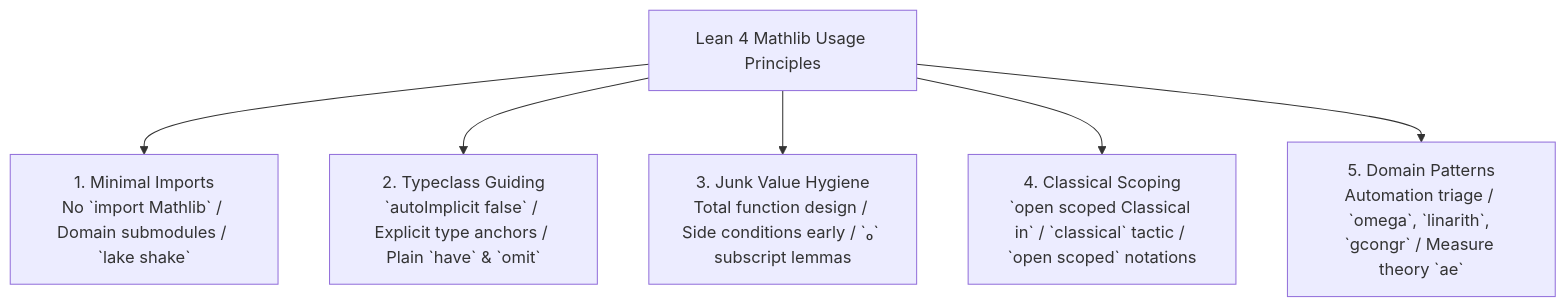
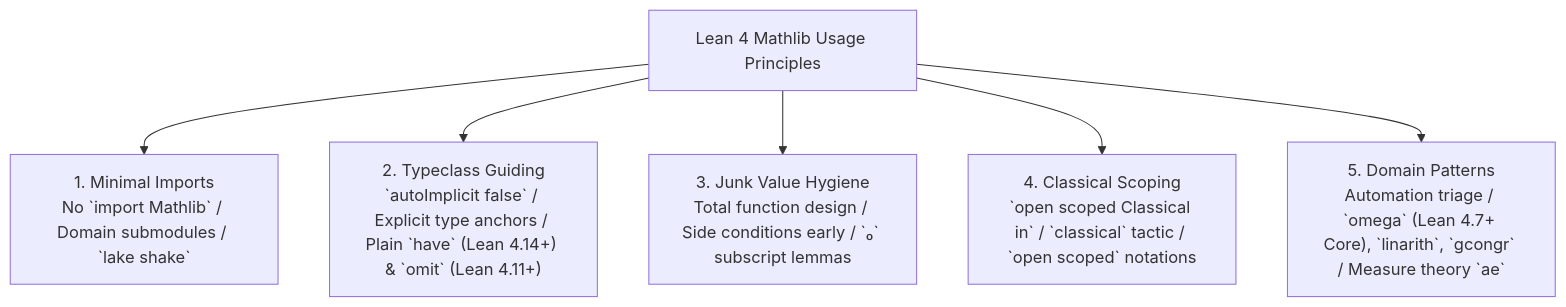
One commit to MI-1222/lean4-skills changed the first of 2 diagrams in skills/lean4-mathlib-use/SKILL.md. Above: the diagram before and after it, drawn with Mermaid. The commit also changed other lines of this file and 17 other files, not shown here.

````diff
--- a/skills/lean4-mathlib-use/SKILL.md
+++ b/skills/lean4-mathlib-use/SKILL.md
@@ -38,9 +38,9 @@
 ```mermaid
 graph TD
     Root["Lean 4 Mathlib Usage Principles"]
     Root --> P1["1. Minimal Imports<br/>No `import Mathlib` / Domain submodules / `lake shake`"]
-    Root --> P2["2. Typeclass Guiding<br/>`autoImplicit false` / Explicit type anchors / Plain `have` & `omit`"]
+    Root --> P2["2. Typeclass Guiding<br/>`autoImplicit false` / Explicit type anchors / Plain `have` (Lean 4.14+) & `omit` (Lean 4.11+)"]
     Root --> P3["3. Junk Value Hygiene<br/>Total function design / Side conditions early / `₀` subscript lemmas"]
     Root --> P4["4. Classical Scoping<br/>`open scoped Classical in` / `classical` tactic / `open scoped` notations"]
-    Root --> P5["5. Domain Patterns<br/>Automation triage / `omega`, `linarith`, `gcongr` / Measure theory `ae`"]
+    Root --> P5["5. Domain Patterns<br/>Automation triage / `omega` (Lean 4.7+ Core), `linarith`, `gcongr` / Measure theory `ae`"]
 ```
````
